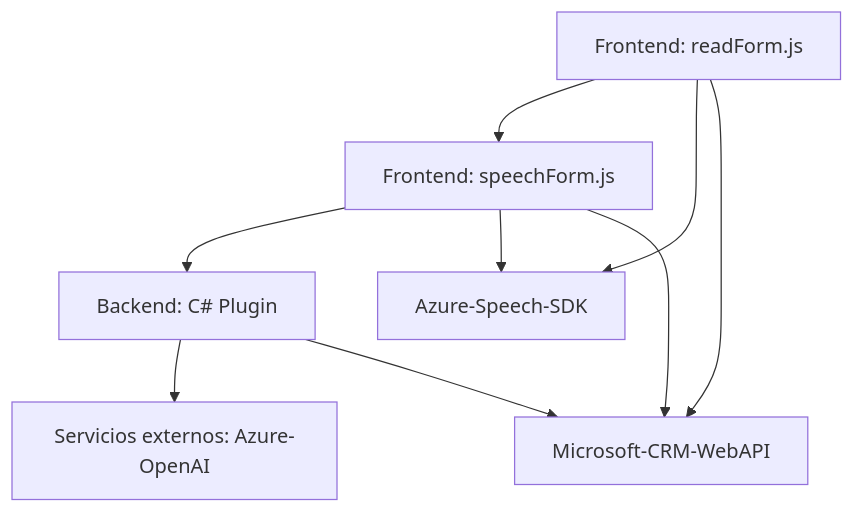
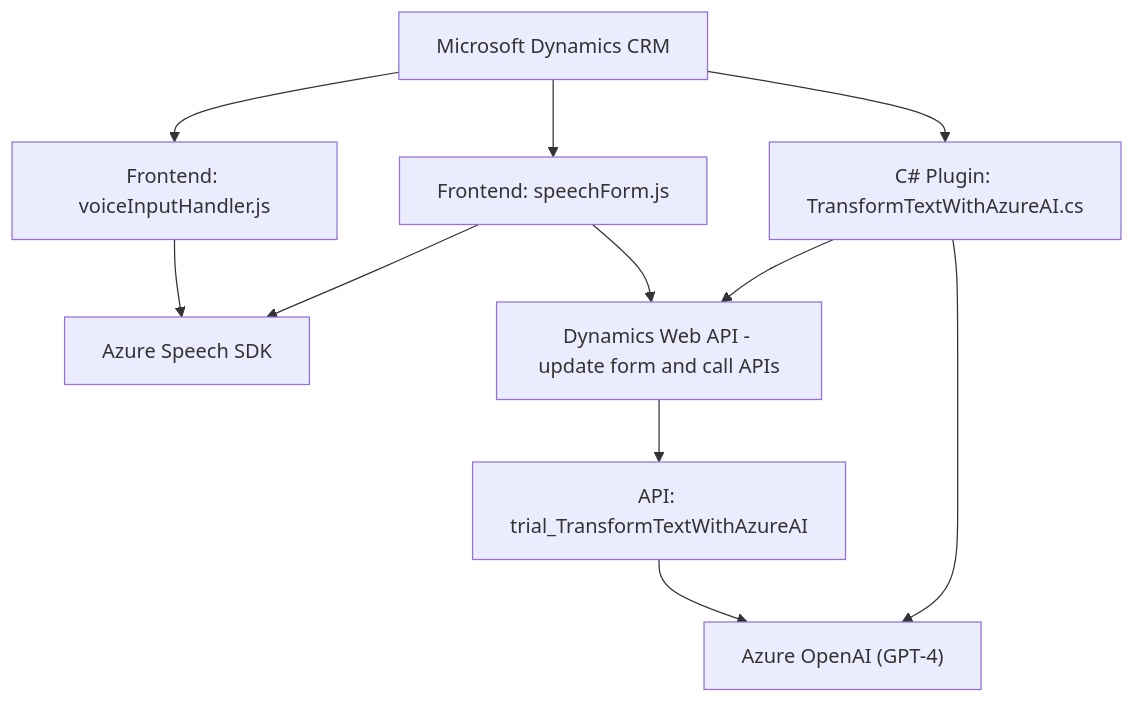
Before and after one commit to blopezdm/NETCORE_BILBAO2025: the diagram in README.md, drawn with Mermaid. The commit also changed other lines of this file, not shown here.

````diff
--- a/README.md
+++ b/README.md
@@ -69,11 +43,13 @@
 ```mermaid
 graph TD
-    A["Frontend: readForm.js"] --> B["Frontend: speechForm.js"]
-    B --> C["Backend: C# Plugin"]
-    A --> D["Azure-Speech-SDK"]
-    B --> D
-    C --> E["Servicios externos: Azure-OpenAI"]
-    C --> F["Microsoft-CRM-WebAPI"]
-    A --> F
-    B --> F
+    A1["Frontend: voiceInputHandler.js"] --> B1["Azure Speech SDK"]
+    A2["Frontend: speechForm.js"] --> B1
+    A2 --> C1["Dynamics Web API - update form and call APIs"]
+    C1 --> D1["API: trial_TransformTextWithAzureAI"]
+    D1 --> E1["Azure OpenAI (GPT-4)"]
+    F1["C# Plugin: TransformTextWithAzureAI.cs"] --> E1
+    F1 --> C1
+    G1["Microsoft Dynamics CRM"] --> A1
+    G1 --> A2
+    G1 --> F1
 ```
````
